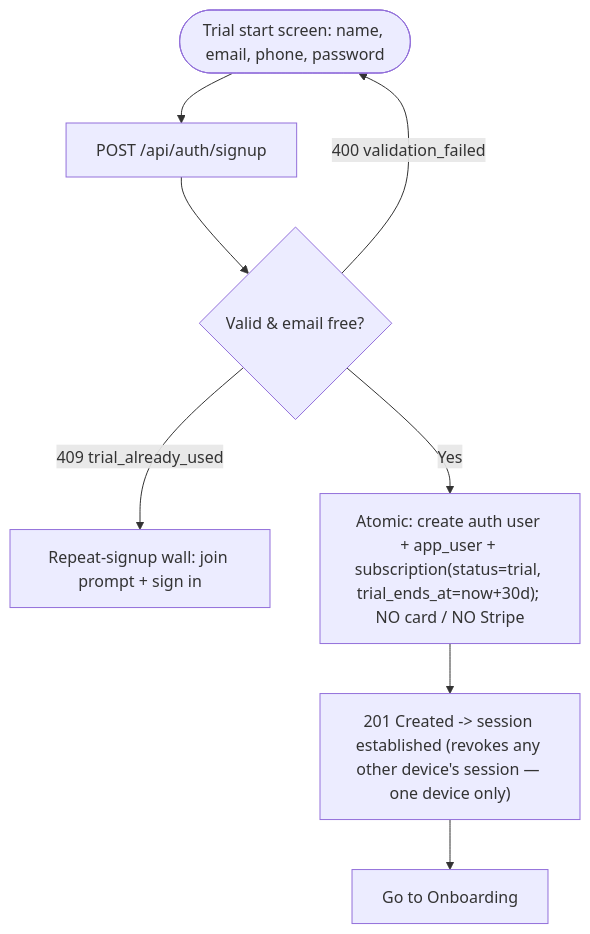
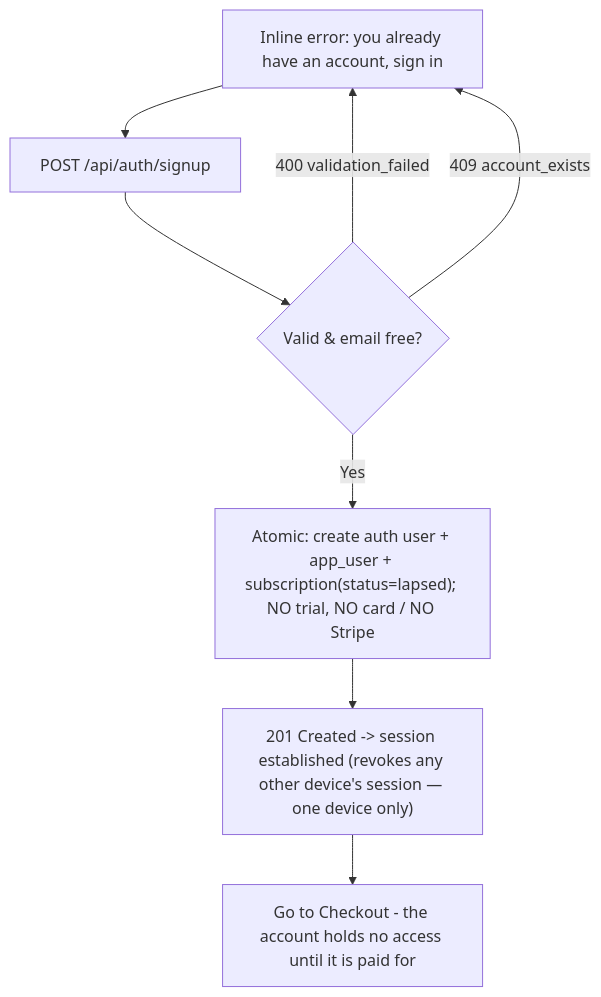
Before and after one commit to roomxlabs/stablepass-web: the third of 15 diagrams in docs/specs/flows.md, drawn with Mermaid. The commit also changed other lines of this file and 8 other files, not shown here.

````diff
--- a/docs/specs/flows.md
+++ b/docs/specs/flows.md
@@ -72,10 +72,10 @@
 ```mermaid
 flowchart TD
-    A([Trial start screen: name, email, phone, password]) --> B["POST /api/auth/signup"]
+    A([Account creation screen: name, email, phone, postcode, password]) --> B["POST /api/auth/signup"]
     B --> C{Valid & email free?}
     C -- "400 validation_failed" --> A
-    C -- "409 trial_already_used" --> A2[Repeat-signup wall: join prompt + sign in]
-    C -- Yes --> D["Atomic: create auth user + app_user + subscription(status=trial, trial_ends_at=now+30d); NO card / NO Stripe"]
+    C -- "409 account_exists" --> A[Inline error: you already have an account, sign in]
+    C -- Yes --> D["Atomic: create auth user + app_user + subscription(status=lapsed); NO trial, NO card / NO Stripe"]
     D --> E["201 Created -> session established (revokes any other device's session — one device only)"]
-    E --> F[Go to Onboarding]
+    E --> F[Go to Checkout - the account holds no access until it is paid for]
 ```
````
